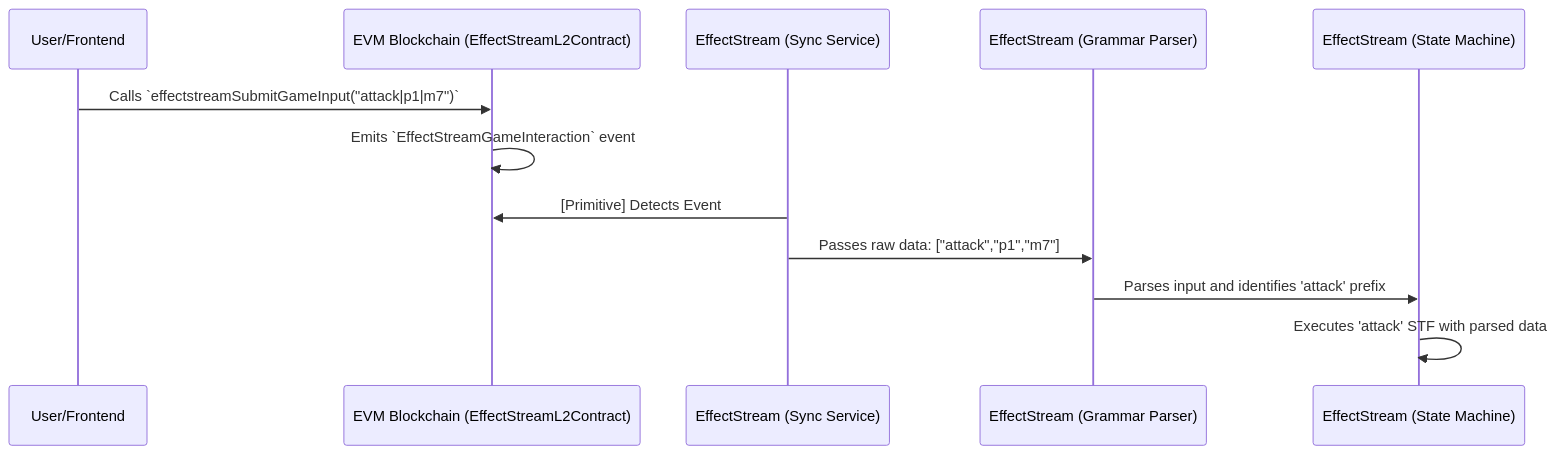
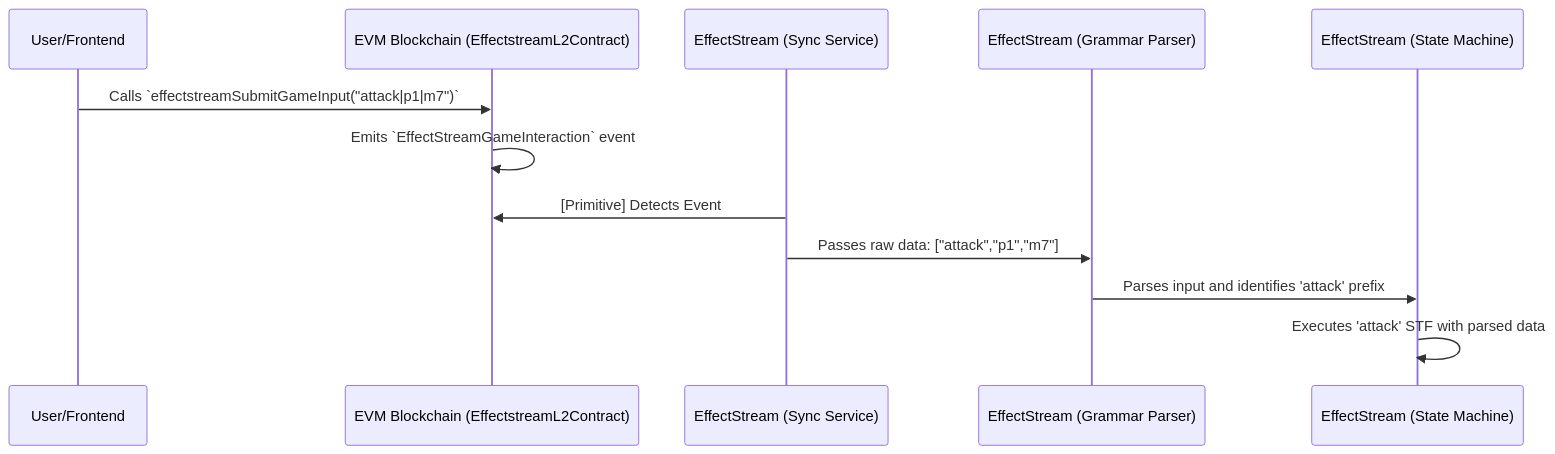
Before and after one commit to effectstream/effectstream: the diagram in docs/site/docs/home/100-components/104-l2-contract.md, drawn with Mermaid. The commit also changed other lines of this file and 20 other files, not shown here.

````diff
--- a/docs/site/docs/home/100-components/104-l2-contract.md
+++ b/docs/site/docs/home/100-components/104-l2-contract.md
@@ -51,15 +51,15 @@
 ```mermaid
 sequenceDiagram
     participant User/Frontend
-    participant EVM Blockchain (EffectStreamL2Contract)
+    participant EVM Blockchain (EffectstreamL2Contract)
     participant EffectStream (Sync Service)
     participant EffectStream (Grammar Parser)
     participant EffectStream (State Machine)
 
-    User/Frontend->>EVM Blockchain (EffectStreamL2Contract): Calls `effectstreamSubmitGameInput("attack|p1|m7")`
-    EVM Blockchain (EffectStreamL2Contract)->>EVM Blockchain (EffectStreamL2Contract): Emits `EffectStreamGameInteraction` event
-    EffectStream (Sync Service)->>EVM Blockchain (EffectStreamL2Contract): [Primitive] Detects Event
+    User/Frontend->>EVM Blockchain (EffectstreamL2Contract): Calls `effectstreamSubmitGameInput("attack|p1|m7")`
+    EVM Blockchain (EffectstreamL2Contract)->>EVM Blockchain (EffectstreamL2Contract): Emits `EffectStreamGameInteraction` event
+    EffectStream (Sync Service)->>EVM Blockchain (EffectstreamL2Contract): [Primitive] Detects Event
     EffectStream (Sync Service)->>EffectStream (Grammar Parser): Passes raw data: ["attack","p1","m7"]
     EffectStream (Grammar Parser)->>EffectStream (State Machine): Parses input and identifies 'attack' prefix
     EffectStream (State Machine)->>EffectStream (State Machine): Executes 'attack' STF with parsed data
 ```
````
